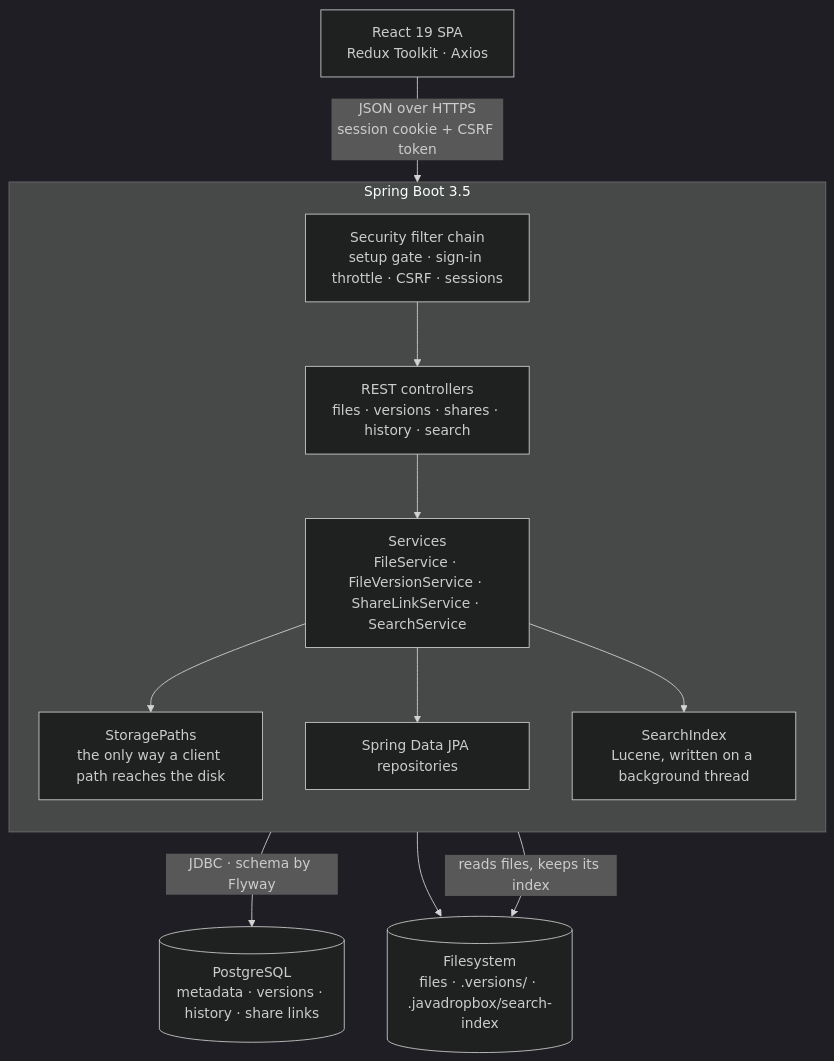
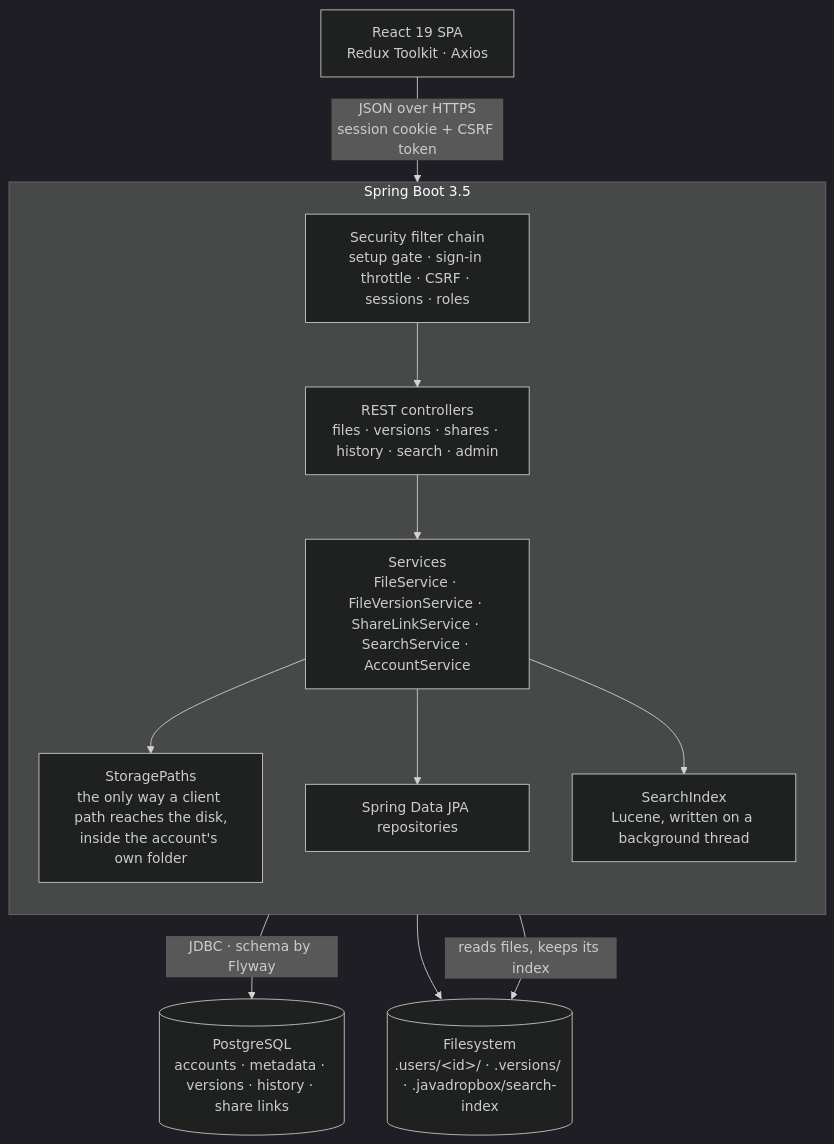
Before and after one commit to mevcaus/JavaDropbox: the first of 6 diagrams in README.md, drawn with Mermaid (dark theme). The commit also changed other lines of this file and 4 other files, not shown here.

Commit message:
document accounts of their own

````diff
--- a/README.md
+++ b/README.md
@@ -50,26 +51,26 @@
 ```mermaid
 flowchart TB
     Browser["React 19 SPA<br/>Redux Toolkit · Axios"]
 
     subgraph App["Spring Boot 3.5"]
         direction TB
-        Security["Security filter chain<br/>setup gate · sign-in throttle · CSRF · sessions"]
-        Controllers["REST controllers<br/>files · versions · shares · history · search"]
-        Services["Services<br/>FileService · FileVersionService · ShareLinkService · SearchService"]
+        Security["Security filter chain<br/>setup gate · sign-in throttle · CSRF · sessions · roles"]
+        Controllers["REST controllers<br/>files · versions · shares · history · search · admin"]
+        Services["Services<br/>FileService · FileVersionService · ShareLinkService · SearchService · AccountService"]
         Index["SearchIndex<br/>Lucene, written on a background thread"]
-        Paths["StoragePaths<br/>the only way a client path reaches the disk"]
+        Paths["StoragePaths<br/>the only way a client path reaches the disk,<br/>inside the account's own folder"]
         Repos["Spring Data JPA repositories"]
         Security --> Controllers --> Services
         Services --> Paths
         Services --> Repos
         Services --> Index
     end
 
-    DB[("PostgreSQL<br/>metadata · versions · history · share links")]
-    Disk[("Filesystem<br/>files · .versions/ · .javadropbox/search-index")]
+    DB[("PostgreSQL<br/>accounts · metadata · versions · history · share links")]
+    Disk[("Filesystem<br/>.users/&lt;id&gt;/ · .versions/ · .javadropbox/search-index")]
 
     Browser -- "JSON over HTTPS<br/>session cookie + CSRF token" --> Security
     Repos -- "JDBC · schema by Flyway" --> DB
     Paths --> Disk
     Index -- "reads files, keeps its index" --> Disk
 ```
````
